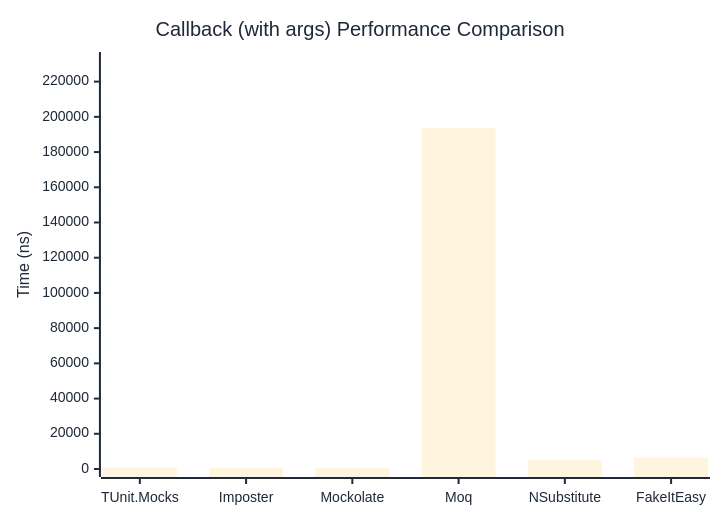
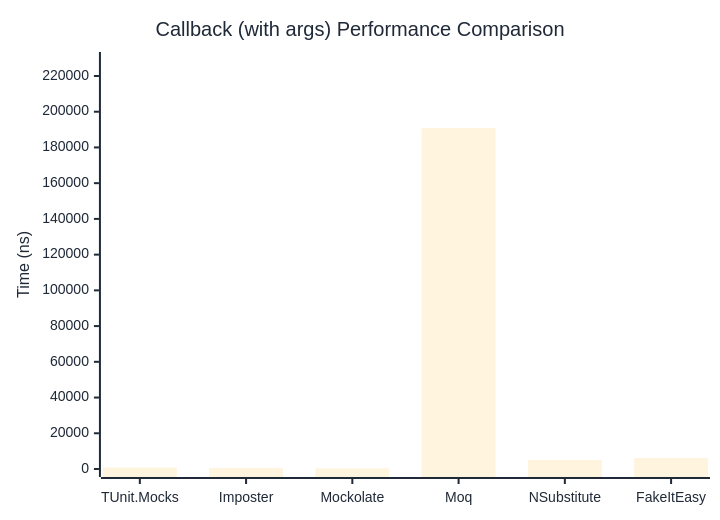
The second of 2 diagrams in docs/docs/benchmarks/mocks/Callback.md (thomhurst/TUnit), drawn with Mermaid before and after one commit. The commit also changed other lines of this file and 14 other files, not shown here.

````diff
--- a/docs/docs/benchmarks/mocks/Callback.md
+++ b/docs/docs/benchmarks/mocks/Callback.md
@@ -71,27 +71,27 @@
 ```mermaid
 %%{init: {
   'theme':'base',
   'themeVariables': {
     'primaryColor': '#2563eb',
     'primaryTextColor': '#1f2937',
     'primaryBorderColor': '#1e40af',
     'lineColor': '#6b7280',
     'secondaryColor': '#7c3aed',
     'tertiaryColor': '#dc2626',
     'background': '#ffffff',
     'pie1': '#2563eb',
     'pie2': '#7c3aed',
     'pie3': '#dc2626',
     'pie4': '#f59e0b',
     'pie5': '#10b981',
     'pie6': '#06b6d4',
     'pie7': '#ec4899',
     'pie8': '#6366f1'
   }
 }}%%
 xychart-beta
   title "Callback (with args) Performance Comparison"
   x-axis ["TUnit.Mocks", "Imposter", "Mockolate", "Moq", "NSubstitute", "FakeItEasy"]
-  y-axis "Time (ns)" 0 --> 232275
-  bar [886.2, 578, 428.6, 193562.5, 5091.9, 6534.5]
+  y-axis "Time (ns)" 0 --> 228949
+  bar [784.9, 495.9, 383.6, 190790.2, 5022.2, 6115.9]
 ```
````
